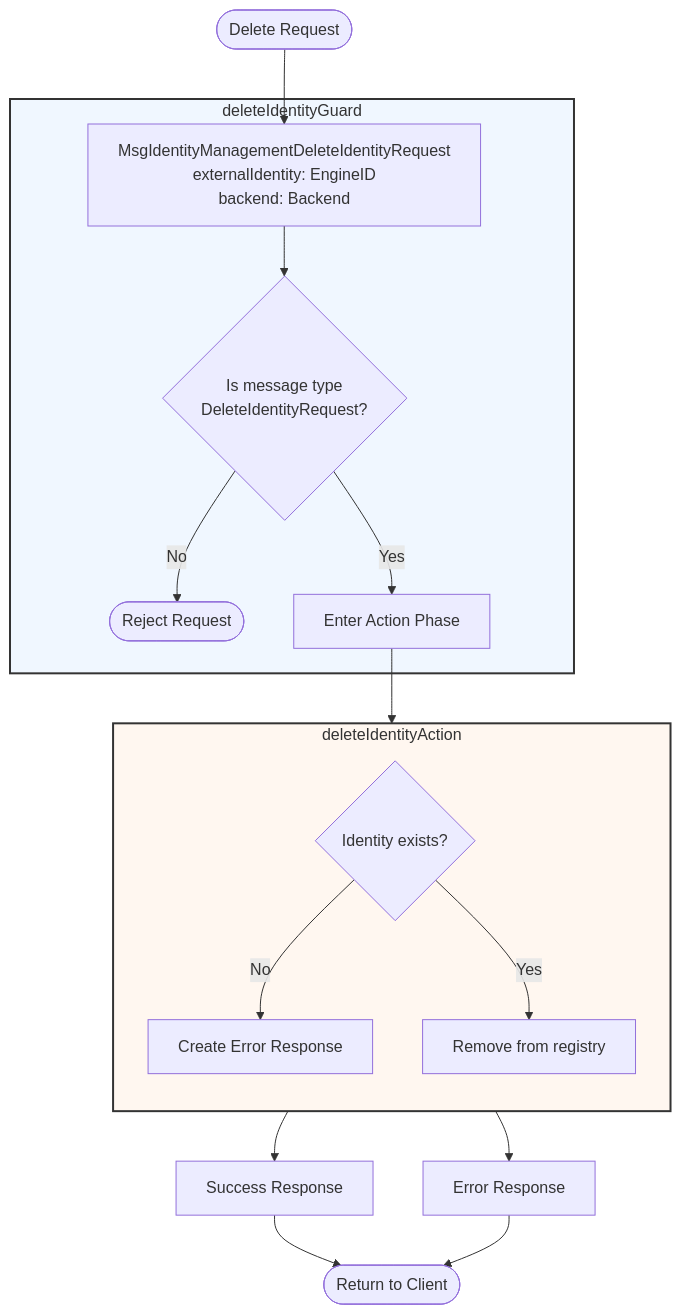
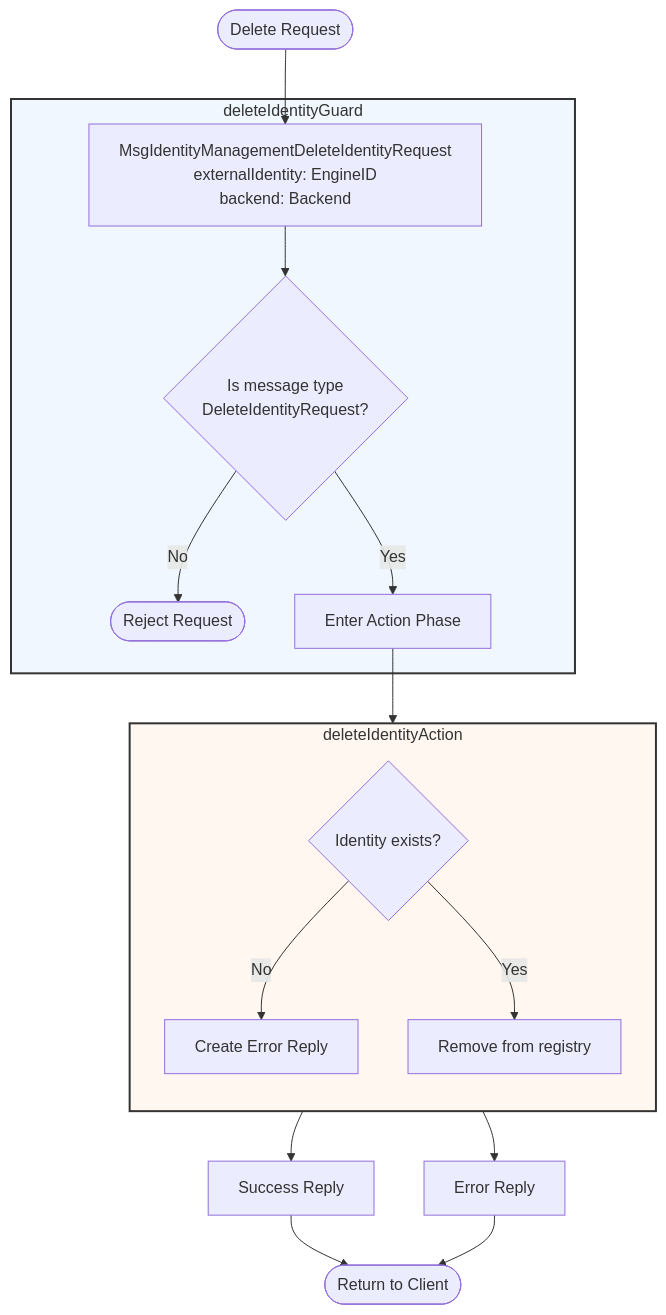
Before and after one commit to anoma/nspec: the third of 3 diagrams in docs/arch/node/engines/identity_management_behaviour.juvix.md, drawn with Mermaid. The commit also changed other lines of this file and 37 other files, not shown here.

Commit message:
Renamed all instances of "Response" to "Reply" in message interfaces for consistency across commitment, decryption, identity management, and other engines.

````diff
--- a/docs/arch/node/engines/identity_management_behaviour.juvix.md
+++ b/docs/arch/node/engines/identity_management_behaviour.juvix.md
@@ -217,26 +217,26 @@
 ```mermaid
 flowchart TD
     Start([Delete Request]) --> MsgReq[MsgIdentityManagementDeleteIdentityRequest<br/>externalIdentity: EngineID<br/>backend: Backend]
 
     subgraph Guard["deleteIdentityGuard"]
         MsgReq --> ValidType{Is message type<br/>DeleteIdentityRequest?}
         ValidType -->|No| Reject([Reject Request])
         ValidType -->|Yes| ActionEntry[Enter Action Phase]
     end
 
     ActionEntry --> Action
 
     subgraph Action["deleteIdentityAction"]
         direction TB
         Check{Identity exists?}
-        Check -->|No| ErrNoExist[Create Error Response]
+        Check -->|No| ErrNoExist[Create Error Reply]
         Check -->|Yes| Delete[Remove from registry]
     end
 
-    Delete --> Response[Success Response]
-    ErrNoExist --> ErrResponse[Error Response]
-    Response & ErrResponse --> Client([Return to Client])
+    Delete --> Reply[Success Reply]
+    ErrNoExist --> ErrReply[Error Reply]
+    Reply & ErrReply --> Client([Return to Client])
 
     style Guard fill:#f0f7ff,stroke:#333,stroke-width:2px
     style Action fill:#fff7f0,stroke:#333,stroke-width:2px
 ```
````
